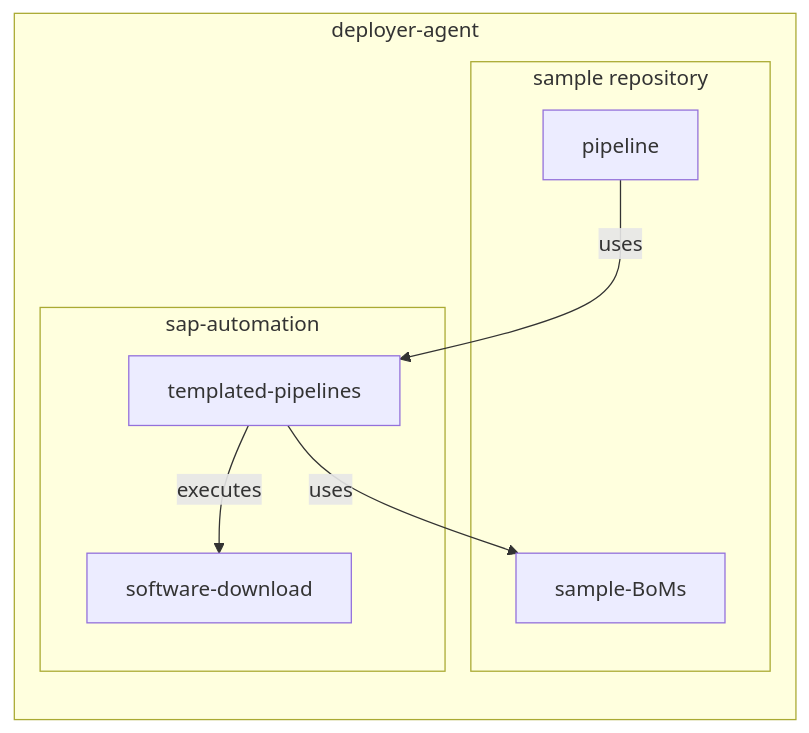
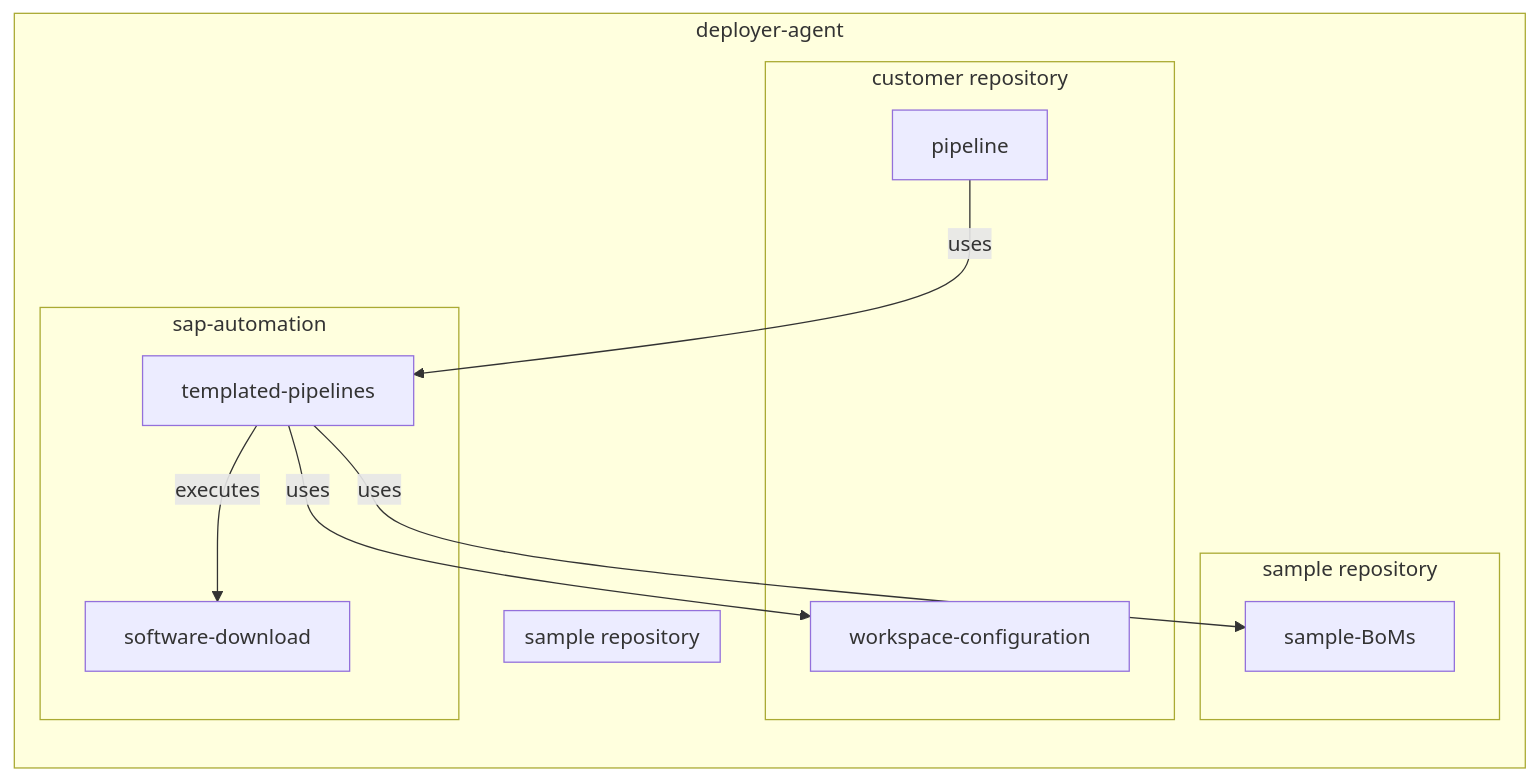
The diagram in README.md (Azure/SAP-automation-samples), drawn with Mermaid before and after one commit.

Commit message:
added the third repo

````diff
--- a/README.md
+++ b/README.md
@@ -28,14 +28,23 @@
 ```mermaid
 flowchart LR
     subgraph deployer-agent
         pipeline--uses-->templated-pipelines
+        templated-pipelines--uses-->workspace-configuration
+        subgraph customer repository
+            workspace-configuration
+            pipeline
+        end
         templated-pipelines--uses-->sample-BoMs
+        subgraph sample repository
+            sample-BoMs
+            pipeline
+        end
         subgraph sample repository
             sample-BoMs
             pipeline
         end
         subgraph sap-automation
         templated-pipelines--executes-->software-download
         end
     end
 ```
````
